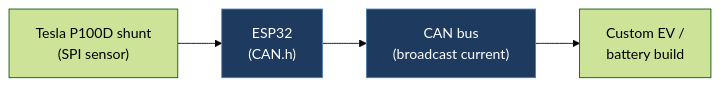
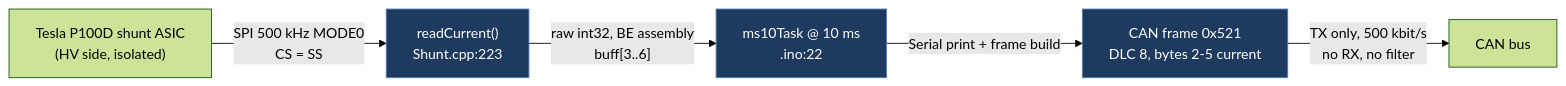
Before and after one commit to babico/TeslaCANModder: the diagram in docs/legacy/jamiejones85-ESP32TeslaShuntCan.md, drawn with Mermaid (forest theme). The commit also changed other lines of this file and 99 other files, not shown here.

````diff
--- a/docs/legacy/jamiejones85-ESP32TeslaShuntCan.md
+++ b/docs/legacy/jamiejones85-ESP32TeslaShuntCan.md
@@ -26,8 +84,9 @@
 ```mermaid
 flowchart LR
-    Shunt["Tesla P100D shunt<br/>(SPI sensor)"] --> ESP32["ESP32<br/>(CAN.h)"]
-    ESP32 --> Bus["CAN bus<br/>(broadcast current)"]
-    Bus --> EV["Custom EV /<br/>battery build"]
+    ShuntAsic["Tesla P100D shunt ASIC<br/>(HV side, isolated)"] -->|"SPI 500 kHz MODE0<br/>CS = SS"| Read["readCurrent()<br/>Shunt.cpp:223"]
+    Read -->|"raw int32, BE assembly<br/>buff[3..6]"| Task["ms10Task @ 10 ms<br/>.ino:22"]
+    Task -->|"Serial print + frame build"| Frame["CAN frame 0x521<br/>DLC 8, bytes 2-5 current"]
+    Frame -->|"TX only, 500 kbit/s<br/>no RX, no filter"| Bus["CAN bus"]
     classDef path fill:#1e3a5f,stroke:#4a7fb5,color:#fff
-    class ESP32,Bus path
+    class Read,Task,Frame path
 ```
````
